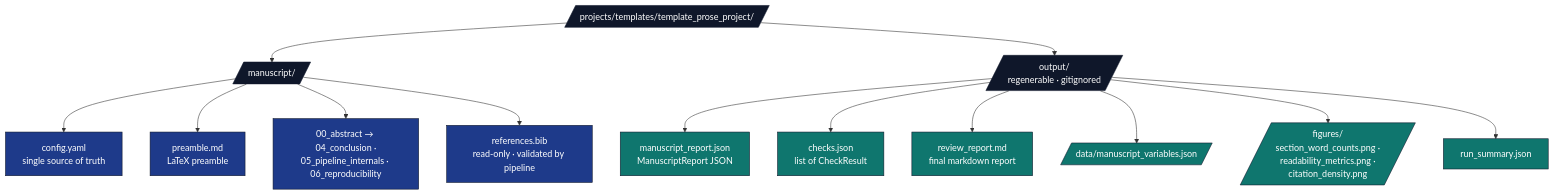
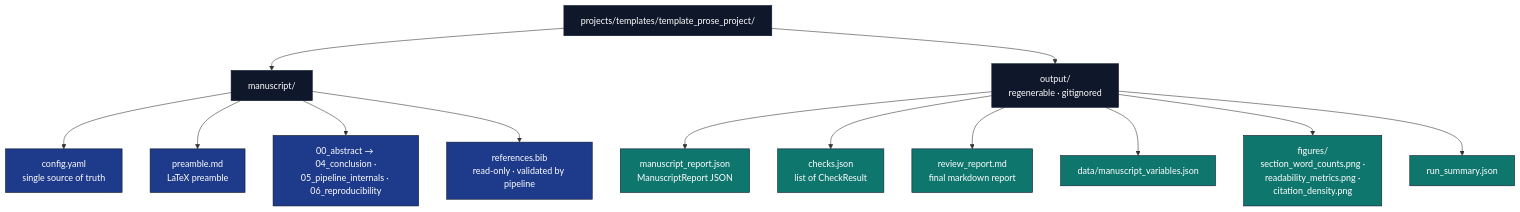
The first of 2 diagrams in projects/templates/template_prose_project/manuscript/05_pipeline_internals.md (docxology/template), drawn with Mermaid before and after one commit. The commit also changed 94 other files, not shown here.

````diff
--- a/projects/templates/template_prose_project/manuscript/05_pipeline_internals.md
+++ b/projects/templates/template_prose_project/manuscript/05_pipeline_internals.md
@@ -5,25 +5,25 @@
 ```mermaid
 flowchart TB
-    P[/projects/templates/template_prose_project//]
-    P --> M[/manuscript//]
-    P --> OUT[/output/<br/>regenerable · gitignored/]
+    P[projects/templates/template_prose_project/]
+    P --> M[manuscript/]
+    P --> OUT[output/<br/>regenerable · gitignored]
 
     M --> M_CFG[config.yaml<br/>single source of truth]
     M --> M_PRE[preamble.md<br/>LaTeX preamble]
     M --> M_SEC[00_abstract → 04_conclusion ·<br/>05_pipeline_internals · 06_reproducibility]
     M --> M_BIB[references.bib<br/>read-only · validated by pipeline]
 
     OUT --> O_REP[manuscript_report.json<br/>ManuscriptReport JSON]
     OUT --> O_CK[checks.json<br/>list of CheckResult]
     OUT --> O_RR[review_report.md<br/>final markdown report]
-    OUT --> O_DATA[/data/manuscript_variables.json/]
-    OUT --> O_FIG[/figures/<br/>section_word_counts.png ·<br/>readability_metrics.png ·<br/>citation_density.png/]
+    OUT --> O_DATA[data/manuscript_variables.json]
+    OUT --> O_FIG[figures/<br/>section_word_counts.png ·<br/>readability_metrics.png ·<br/>citation_density.png]
     OUT --> O_RS[run_summary.json]
 
     classDef d fill:#0f172a,stroke:#0f172a,color:#fff
     classDef src fill:#1e3a8a,stroke:#0f172a,color:#fff
     classDef gen fill:#0f766e,stroke:#0f172a,color:#fff
     class P,M,OUT d
     class M_CFG,M_PRE,M_SEC,M_BIB src
     class O_REP,O_CK,O_RR,O_DATA,O_FIG,O_RS gen
 ```
````
